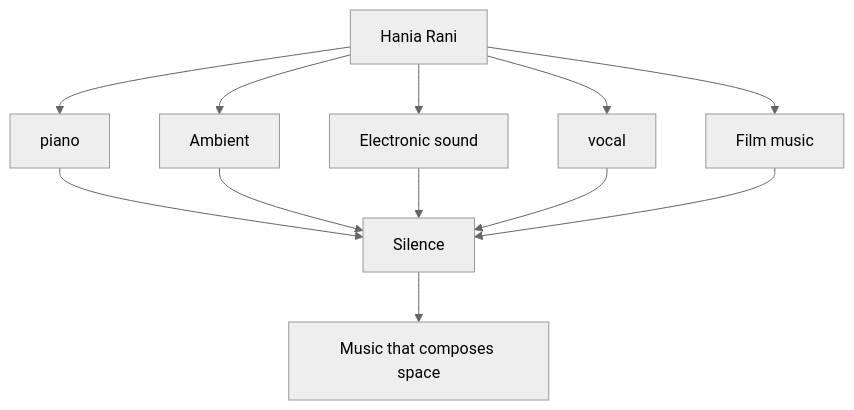
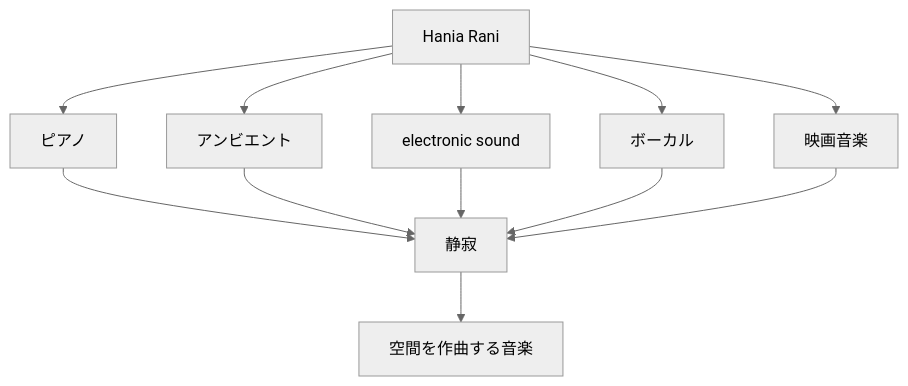
One commit to monumental-movement/monumental-movement.github.io changed the tenth of 13 diagrams in en/_posts/2026-08-05-column-hania-rani.md. Above: the diagram before and after it, drawn with Mermaid (neutral theme). The commit also changed other lines of this file and 2196 other files, not shown here.

```diff
--- a/en/_posts/2026-08-05-column-hania-rani.md
+++ b/en/_posts/2026-08-05-column-hania-rani.md
@@ -1485,20 +1485,20 @@
 <div class="mermaid">
 graph TD
 
 A["Hania Rani"]
 
-A --> B["piano"]
-A --> C["Ambient"]
-A --> D["Electronic sound"]
-A --> E["vocal"]
-A --> F["Film music"]
+A --> B["ピアノ"]
+A --> C["アンビエント"]
+A --> D["electronic sound"]
+A --> E["ボーカル"]
+A --> F["映画音楽"]
 
-B --> G["Silence"]
+B --> G["静寂"]
 C --> G
 D --> G
 E --> G
 F --> G
 
-G --> H["Music that composes space"]
+G --> H["空間を作曲する音楽"]
 
 </div>
```
